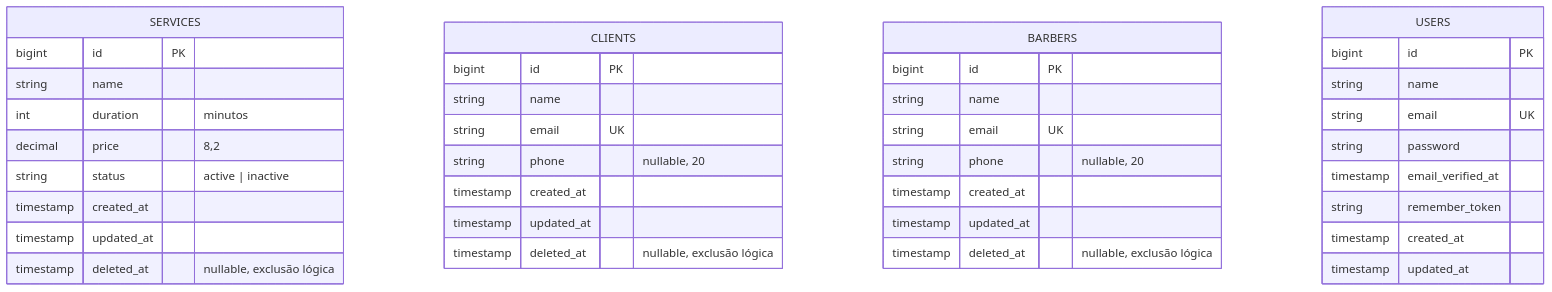
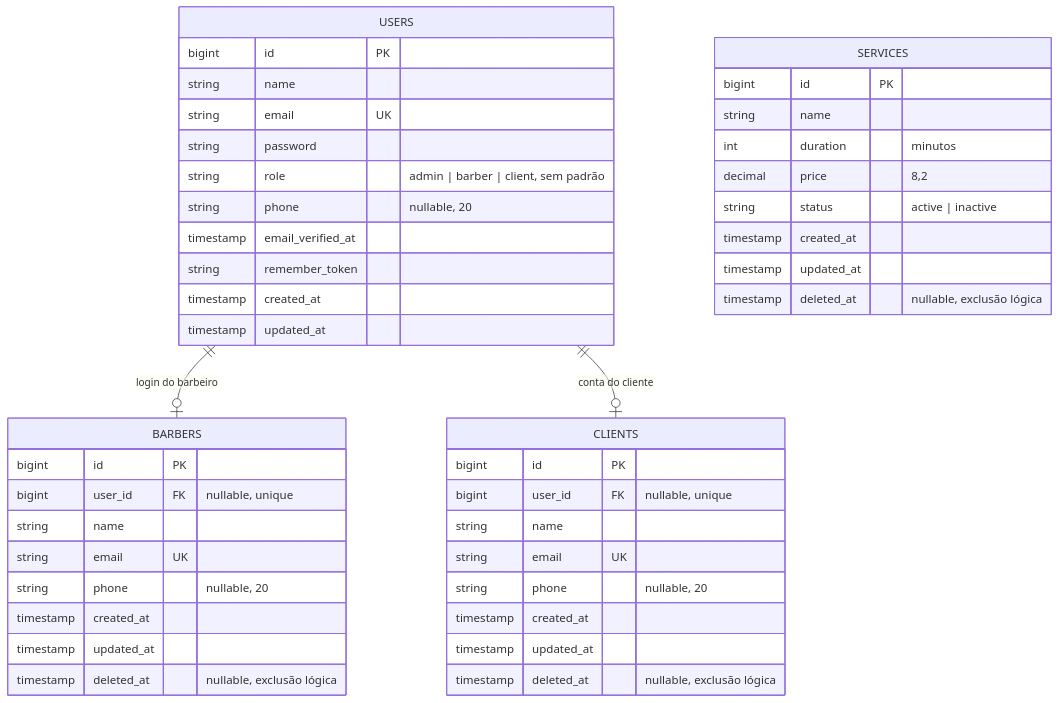
The first of 2 diagrams in docs/ARQUITETURA.md (josecoene/barber-shop), drawn with Mermaid before and after one commit. The commit also changed other lines of this file and 4 other files, not shown here.

````diff
--- a/docs/ARQUITETURA.md
+++ b/docs/ARQUITETURA.md
@@ -98,41 +187,47 @@
 ```mermaid
 erDiagram
+    USERS ||--o| BARBERS : "login do barbeiro"
+    USERS ||--o| CLIENTS : "conta do cliente"
     SERVICES {
         bigint id PK
         string name
         int duration "minutos"
         decimal price "8,2"
         string status "active | inactive"
         timestamp created_at
         timestamp updated_at
         timestamp deleted_at "nullable, exclusão lógica"
     }
     CLIENTS {
         bigint id PK
+        bigint user_id FK "nullable, unique"
         string name
         string email UK
         string phone "nullable, 20"
         timestamp created_at
         timestamp updated_at
         timestamp deleted_at "nullable, exclusão lógica"
     }
     BARBERS {
         bigint id PK
+        bigint user_id FK "nullable, unique"
         string name
         string email UK
         string phone "nullable, 20"
         timestamp created_at
         timestamp updated_at
         timestamp deleted_at "nullable, exclusão lógica"
     }
     USERS {
         bigint id PK
         string name
         string email UK
         string password
+        string role "admin | barber | client, sem padrão"
+        string phone "nullable, 20"
         timestamp email_verified_at
         string remember_token
         timestamp created_at
         timestamp updated_at
     }
 ```
````
